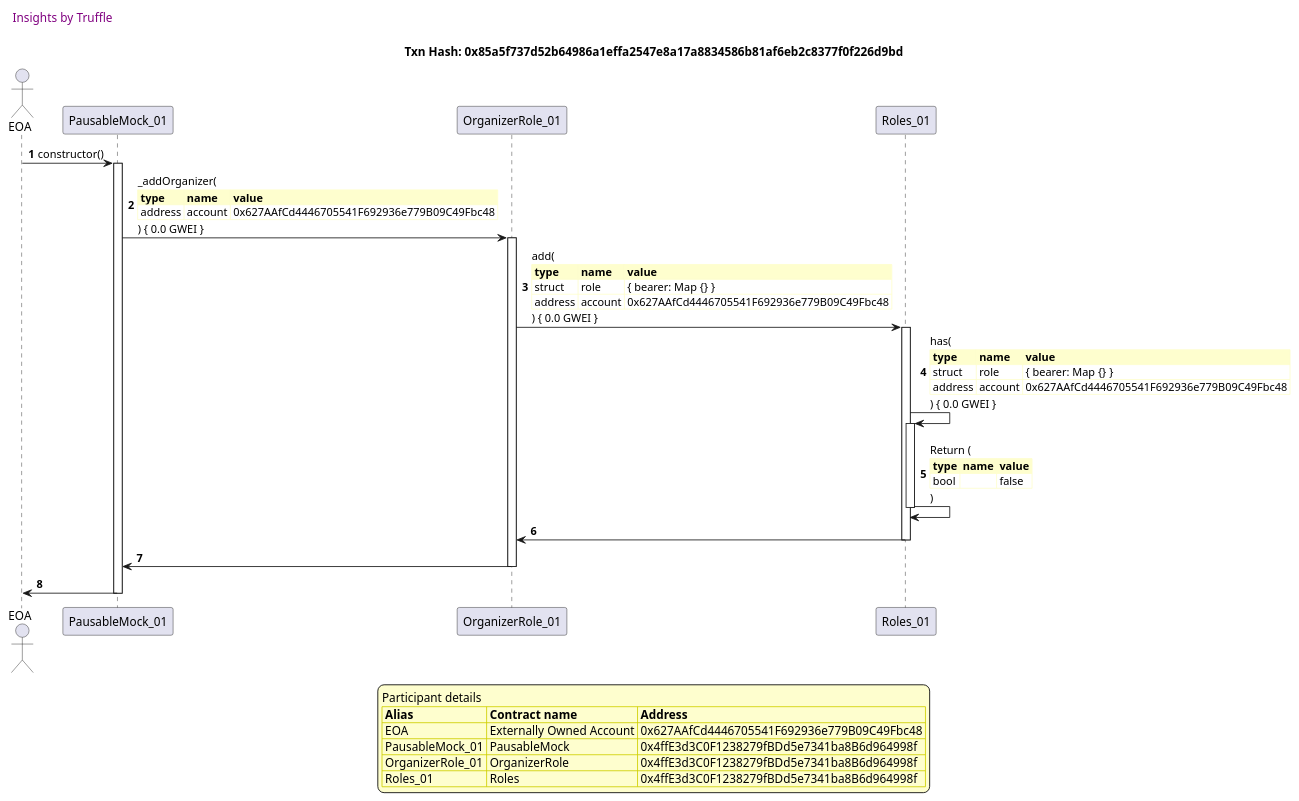
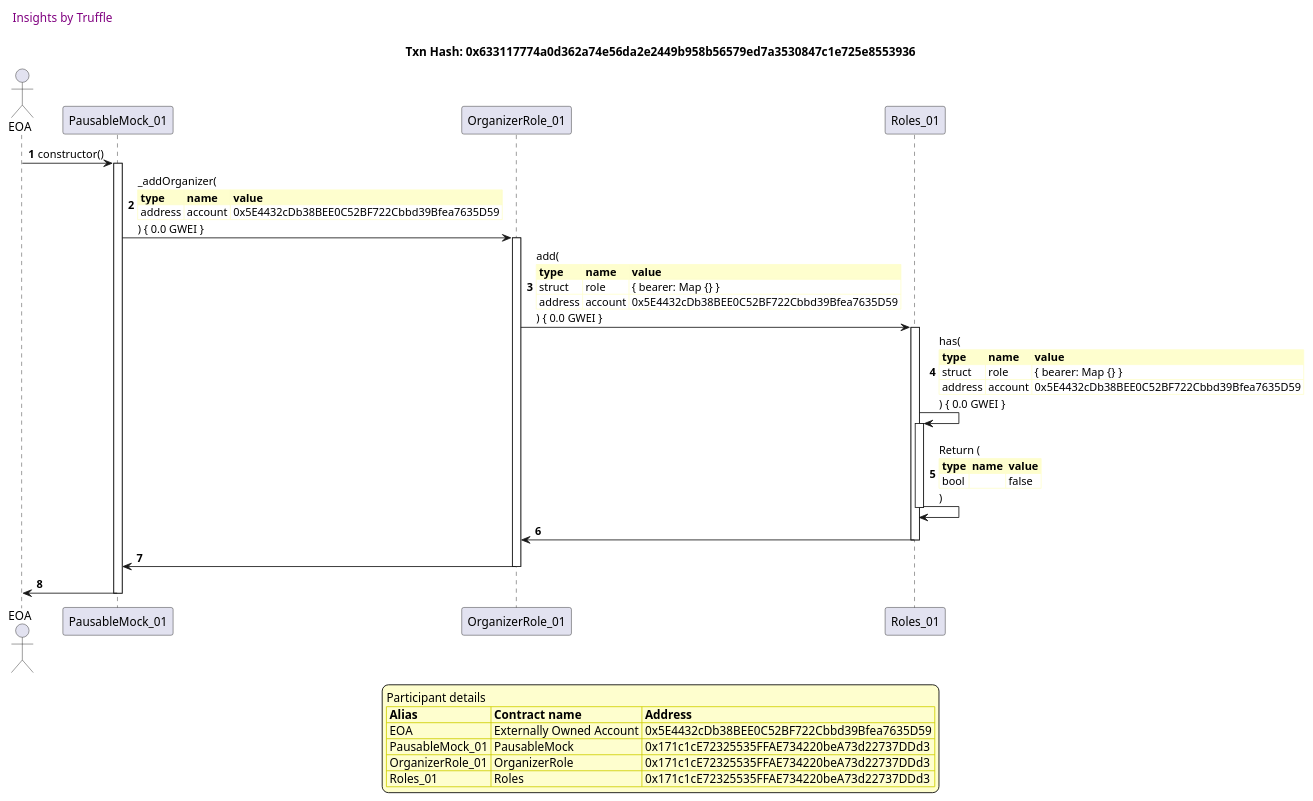
One commit to fodisi/hackapay changed the first of 12 diagrams in truffle-seq/lifecycle_pausable.md. Above: the diagram before and after it, drawn with PlantUML. The commit also changed other lines of this file and 10 other files, not shown here.

````diff
--- a/truffle-seq/lifecycle_pausable.md
+++ b/truffle-seq/lifecycle_pausable.md
@@ -13,61 +13,61 @@
 ```plantuml
 
 
 @startuml
 
 autonumber
 skinparam legendBackgroundColor #FEFECE
 
 <style>
       header {
         HorizontalAlignment left
         FontColor purple
         FontSize 14
         Padding 10
       }
     </style>
 
 header Insights by Truffle
 
-title Txn Hash: 0x85a5f737d52b64986a1effa2547e8a17a8834586b81af6eb2c8377f0f226d9bd
+title Txn Hash: 0x633117774a0d362a74e56da2e2449b958b56579ed7a3530847c1e725e8553936
 
 
 actor EOA as "EOA"
 participant PausableMock_01 as "PausableMock_01"
 participant OrganizerRole_01 as "OrganizerRole_01"
 participant Roles_01 as "Roles_01"
 
 "EOA" -> "PausableMock_01" ++: constructor()
 "PausableMock_01" -> "OrganizerRole_01" ++: _addOrganizer(\n\
 <#FEFECE,#FEFECE>|= type |= name |= value |\n\
-| address | account | 0x627AAfCd4446705541F692936e779B09C49Fbc48 |\n\
+| address | account | 0x5E4432cDb38BEE0C52BF722Cbbd39Bfea7635D59 |\n\
 ) { 0.0 GWEI }
 "OrganizerRole_01" -> "Roles_01" ++: add(\n\
 <#FEFECE,#FEFECE>|= type |= name |= value |\n\
 | struct | role | { bearer: Map {} } |\n\
-| address | account | 0x627AAfCd4446705541F692936e779B09C49Fbc48 |\n\
+| address | account | 0x5E4432cDb38BEE0C52BF722Cbbd39Bfea7635D59 |\n\
 ) { 0.0 GWEI }
 "Roles_01" -> "Roles_01" ++: has(\n\
 <#FEFECE,#FEFECE>|= type |= name |= value |\n\
 | struct | role | { bearer: Map {} } |\n\
-| address | account | 0x627AAfCd4446705541F692936e779B09C49Fbc48 |\n\
+| address | account | 0x5E4432cDb38BEE0C52BF722Cbbd39Bfea7635D59 |\n\
 ) { 0.0 GWEI }
 "Roles_01" -> "Roles_01" --: Return (\n\
 <#FEFECE,#FEFECE>|= type |= name |= value |\n\
 | bool |  | false |\n\
 )
 "Roles_01" -> "OrganizerRole_01" --: 
 "OrganizerRole_01" -> "PausableMock_01" --: 
 "PausableMock_01" -> "EOA" --: 
 
 legend
 Participant details
 <#FEFECE,#D0D000>|= Alias |= Contract name |= Address |
-<#FEFECE>| EOA | Externally Owned Account | 0x627AAfCd4446705541F692936e779B09C49Fbc48 |
-<#FEFECE>| PausableMock_01 | PausableMock | 0x4ffE3d3C0F1238279fBDd5e7341ba8B6d964998f |
-<#FEFECE>| OrganizerRole_01 | OrganizerRole | 0x4ffE3d3C0F1238279fBDd5e7341ba8B6d964998f |
-<#FEFECE>| Roles_01 | Roles | 0x4ffE3d3C0F1238279fBDd5e7341ba8B6d964998f |
+<#FEFECE>| EOA | Externally Owned Account | 0x5E4432cDb38BEE0C52BF722Cbbd39Bfea7635D59 |
+<#FEFECE>| PausableMock_01 | PausableMock | 0x171c1cE72325535FFAE734220beA73d22737DDd3 |
+<#FEFECE>| OrganizerRole_01 | OrganizerRole | 0x171c1cE72325535FFAE734220beA73d22737DDd3 |
+<#FEFECE>| Roles_01 | Roles | 0x171c1cE72325535FFAE734220beA73d22737DDd3 |
 endlegend
 
 @enduml
 ```
````
